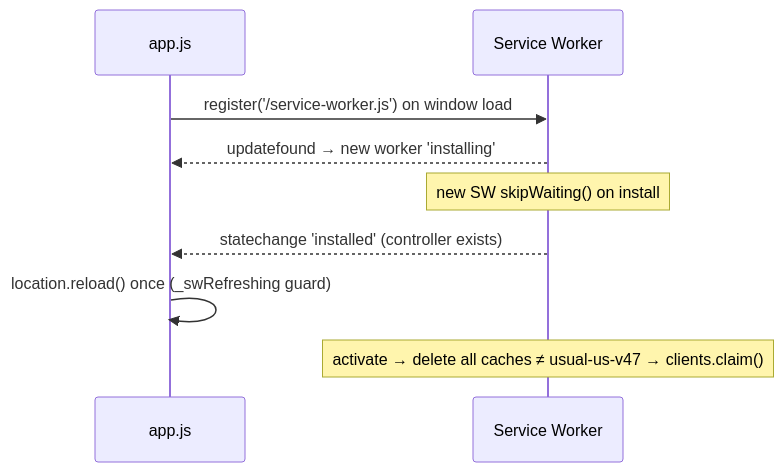
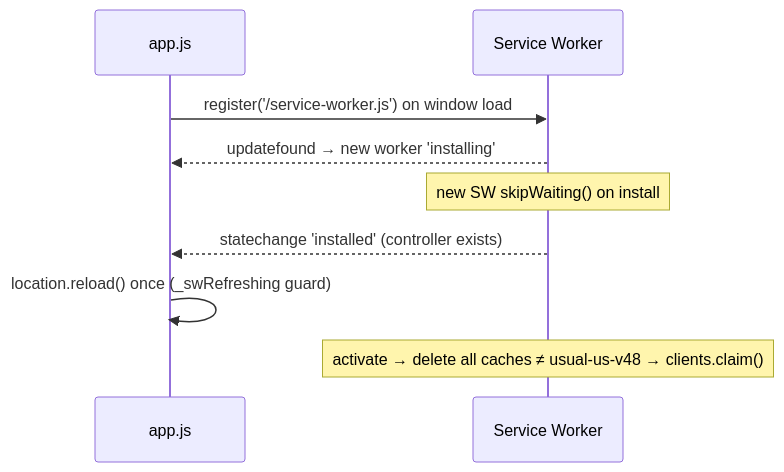
One commit to itskrishnabajaj/usual-us changed the second of 2 diagrams in docs/PWA_BIBLE.md. Above: the diagram before and after it, drawn with Mermaid. The commit also changed other lines of this file and 8 other files, not shown here.

````diff
--- a/docs/PWA_BIBLE.md
+++ b/docs/PWA_BIBLE.md
@@ -54,11 +54,11 @@
 ```mermaid
 sequenceDiagram
     participant Page as app.js
     participant SW as Service Worker
     Page->>SW: register('/service-worker.js') on window load
     SW-->>Page: updatefound → new worker 'installing'
     Note over SW: new SW skipWaiting() on install
     SW-->>Page: statechange 'installed' (controller exists)
     Page->>Page: location.reload() once (_swRefreshing guard)
-    Note over SW: activate → delete all caches ≠ usual-us-v47 → clients.claim()
+    Note over SW: activate → delete all caches ≠ usual-us-v48 → clients.claim()
 ```
````
